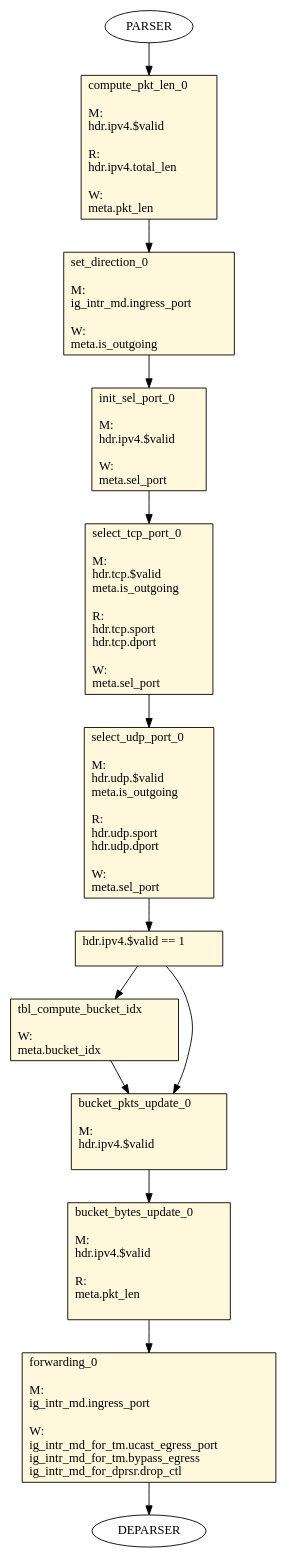
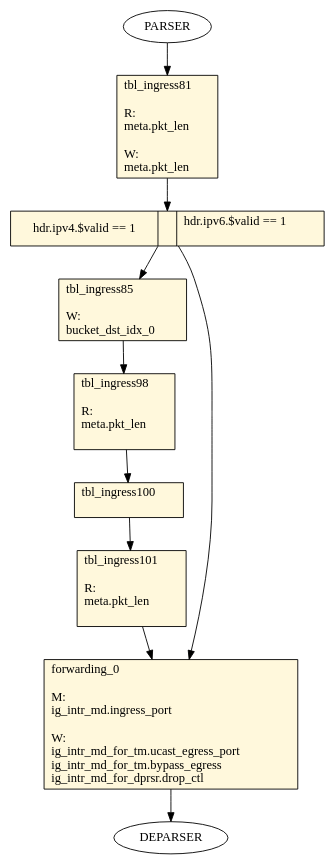
The diagram in p4src/basic.tofino/pipe/graphs/0_table_flow_graph_ingress.dot (MohamadMHazim/P4_Code), drawn with Graphviz before and after one commit. The commit also changed 17 other files, not shown here.

```diff
--- a/p4src/basic.tofino/pipe/graphs/0_table_flow_graph_ingress.dot
+++ b/p4src/basic.tofino/pipe/graphs/0_table_flow_graph_ingress.dot
@@ -1,78 +1,41 @@
 digraph ingress {
-compute_pkt_len_0 [ shape=record, style="filled", fillcolor=cornsilk, label="compute_pkt_len_0\l\l
-M:\l
- hdr.ipv4.$valid\l
-\lR:\l
- hdr.ipv4.total_len\l
+tbl_ingress81 [ shape=record, style="filled", fillcolor=cornsilk, label="tbl_ingress81\l\l
+R:\l
+ meta.pkt_len\l
 \lW:\l
  meta.pkt_len\l
  "];
-set_direction_0 [ shape=record, style="filled", fillcolor=cornsilk, label="set_direction_0\l\l
-M:\l
- ig_intr_md.ingress_port\l
-\lW:\l
- meta.is_outgoing\l
+cond_2 [ shape=record, style="filled", fillcolor=cornsilk, label="hdr.ipv4.$valid == 1 || hdr.ipv6.$valid == 1\l\l
  "];
-init_sel_port_0 [ shape=record, style="filled", fillcolor=cornsilk, label="init_sel_port_0\l\l
-M:\l
- hdr.ipv4.$valid\l
-\lW:\l
- meta.sel_port\l
+tbl_ingress85 [ shape=record, style="filled", fillcolor=cornsilk, label="tbl_ingress85\l\l
+W:\l
+ bucket_dst_idx_0\l
  "];
-select_tcp_port_0 [ shape=record, style="filled", fillcolor=cornsilk, label="select_tcp_port_0\l\l
-M:\l
- hdr.tcp.$valid\l
- meta.is_outgoing\l
-\lR:\l
- hdr.tcp.sport\l
- hdr.tcp.dport\l
-\lW:\l
- meta.sel_port\l
- "];
-select_udp_port_0 [ shape=record, style="filled", fillcolor=cornsilk, label="select_udp_port_0\l\l
-M:\l
- hdr.udp.$valid\l
- meta.is_outgoing\l
-\lR:\l
- hdr.udp.sport\l
- hdr.udp.dport\l
-\lW:\l
- meta.sel_port\l
- "];
-cond_2 [ shape=record, style="filled", fillcolor=cornsilk, label="hdr.ipv4.$valid == 1\l\l
- "];
-tbl_compute_bucket_idx [ shape=record, style="filled", fillcolor=cornsilk, label="tbl_compute_bucket_idx\l\l
-W:\l
- meta.bucket_idx\l
- "];
-bucket_pkts_update_0 [ shape=record, style="filled", fillcolor=cornsilk, label="bucket_pkts_update_0\l\l
-M:\l
- hdr.ipv4.$valid\l
-\l "];
-bucket_bytes_update_0 [ shape=record, style="filled", fillcolor=cornsilk, label="bucket_bytes_update_0\l\l
-M:\l
- hdr.ipv4.$valid\l
-\lR:\l
- meta.pkt_len\l
-\l "];
 forwarding_0 [ shape=record, style="filled", fillcolor=cornsilk, label="forwarding_0\l\l
 M:\l
  ig_intr_md.ingress_port\l
 \lW:\l
  ig_intr_md_for_tm.ucast_egress_port\l
  ig_intr_md_for_tm.bypass_egress\l
  ig_intr_md_for_dprsr.drop_ctl\l
  "];
-    PARSER -> compute_pkt_len_0
-    compute_pkt_len_0 -> set_direction_0
-    set_direction_0 -> init_sel_port_0
-    init_sel_port_0 -> select_tcp_port_0
-    select_tcp_port_0 -> select_udp_port_0
-    select_udp_port_0 -> cond_2
-    cond_2 -> tbl_compute_bucket_idx
-    cond_2 -> bucket_pkts_update_0
-    tbl_compute_bucket_idx -> bucket_pkts_update_0
-    bucket_pkts_update_0 -> bucket_bytes_update_0
-    bucket_bytes_update_0 -> forwarding_0
+tbl_ingress98 [ shape=record, style="filled", fillcolor=cornsilk, label="tbl_ingress98\l\l
+R:\l
+ meta.pkt_len\l
+\l "];
+tbl_ingress100 [ shape=record, style="filled", fillcolor=cornsilk, label="tbl_ingress100\l\l
+ "];
+tbl_ingress101 [ shape=record, style="filled", fillcolor=cornsilk, label="tbl_ingress101\l\l
+R:\l
+ meta.pkt_len\l
+\l "];
+    PARSER -> tbl_ingress81
+    tbl_ingress81 -> cond_2
+    cond_2 -> tbl_ingress85
+    cond_2 -> forwarding_0
+    tbl_ingress85 -> tbl_ingress98
+    tbl_ingress98 -> tbl_ingress100
+    tbl_ingress100 -> tbl_ingress101
+    tbl_ingress101 -> forwarding_0
     forwarding_0 -> DEPARSER
 }
```
